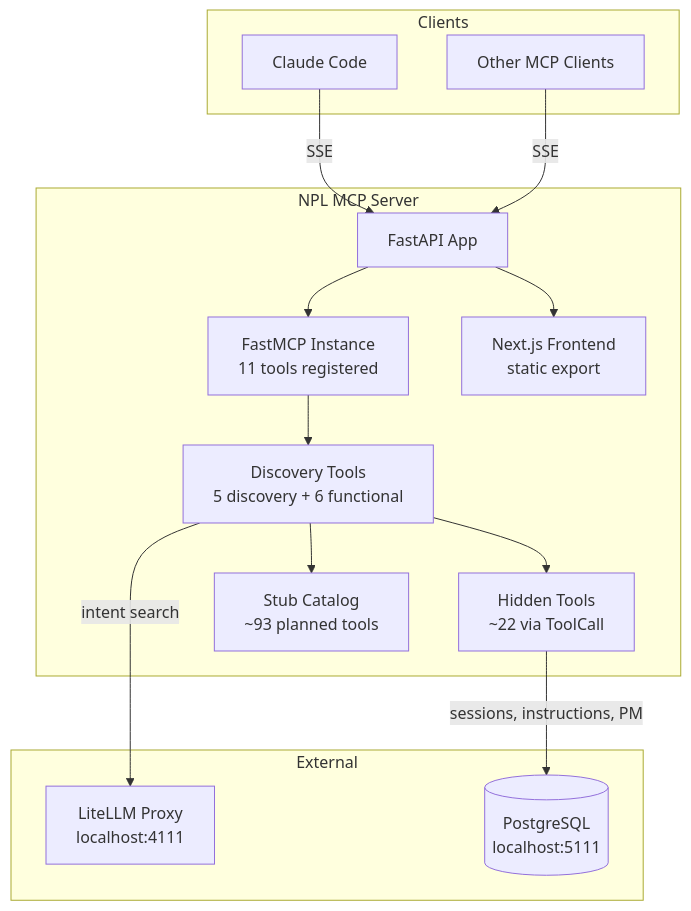
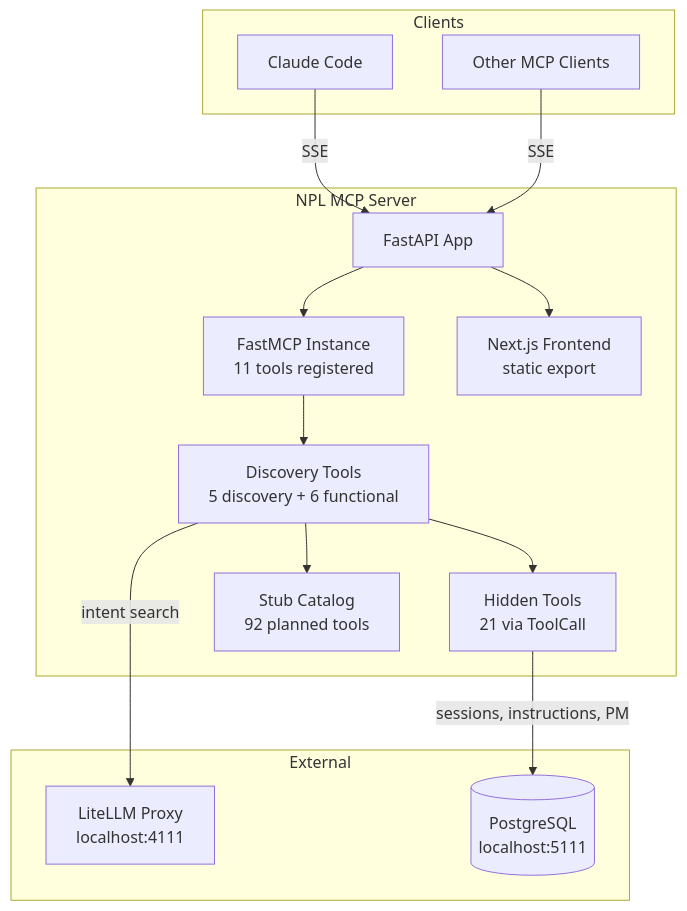
One commit to noizu-labs-ml/NoizuPromptLingo changed the diagram in docs/PROJ-ARCH.md. Above: the diagram before and after it, drawn with Mermaid. The commit also changed other lines of this file and 6 other files, not shown here.

````diff
--- a/docs/PROJ-ARCH.md
+++ b/docs/PROJ-ARCH.md
@@ -11,31 +11,31 @@
 ```mermaid
 graph TB
     subgraph Clients
         CC[Claude Code]
         Other[Other MCP Clients]
     end
 
     subgraph "NPL MCP Server"
         API[FastAPI App]
         MCP[FastMCP Instance<br/>11 tools registered]
         Meta[Discovery Tools<br/>5 discovery + 6 functional]
-        Hidden[Hidden Tools<br/>~22 via ToolCall]
-        Stubs[Stub Catalog<br/>~93 planned tools]
+        Hidden[Hidden Tools<br/>21 via ToolCall]
+        Stubs[Stub Catalog<br/>92 planned tools]
         FE[Next.js Frontend<br/>static export]
     end
 
     subgraph External
         LLM[LiteLLM Proxy<br/>localhost:4111]
         DB[(PostgreSQL<br/>localhost:5111)]
     end
 
     CC -->|SSE| API
     Other -->|SSE| API
     API --> MCP
     MCP --> Meta
     Meta --> Hidden
     Meta --> Stubs
     Meta -->|intent search| LLM
     Hidden -->|sessions, instructions, PM| DB
     API --> FE
 ```
````
